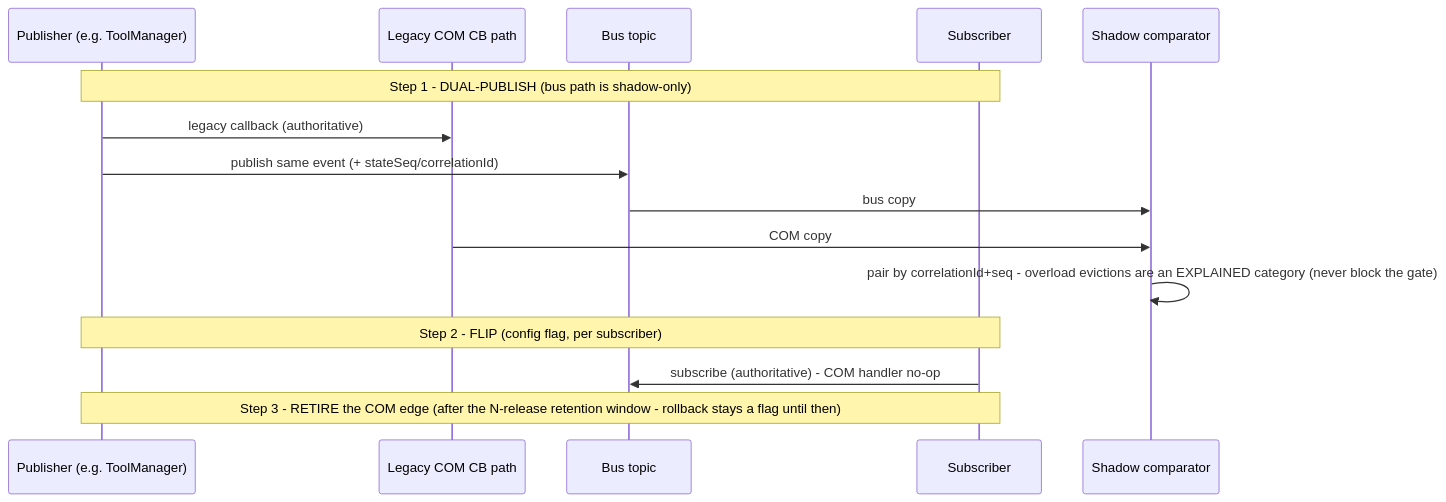
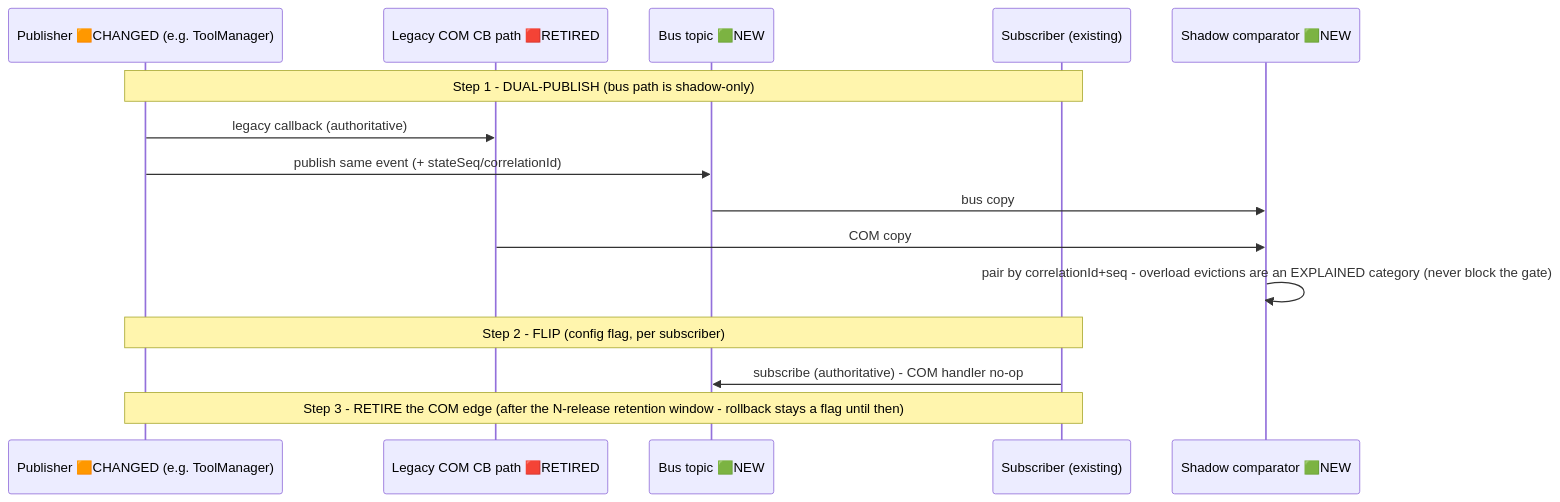
One commit to amitA-camtek/bus_gateway changed the fourth of 10 diagrams in stage/03-appendix-four-lanes.md. Above: the diagram before and after it, drawn with Mermaid. The commit also changed other lines of this file and 11 other files, not shown here.

````diff
--- a/stage/03-appendix-four-lanes.md
+++ b/stage/03-appendix-four-lanes.md
@@ -77,18 +85,18 @@
 ```mermaid
 sequenceDiagram
-    participant P as Publisher (e.g. ToolManager)
-    participant COM as Legacy COM CB path
-    participant BUS as Bus topic
-    participant S as Subscriber
-    participant CMP as Shadow comparator
+    participant P as Publisher 🟧CHANGED (e.g. ToolManager)
+    participant COM as Legacy COM CB path 🟥RETIRED
+    participant BUS as Bus topic 🟩NEW
+    participant S as Subscriber (existing)
+    participant CMP as Shadow comparator 🟩NEW
 
     Note over P,S: Step 1 - DUAL-PUBLISH (bus path is shadow-only)
     P->>COM: legacy callback (authoritative)
     P->>BUS: publish same event (+ stateSeq/correlationId)
     BUS->>CMP: bus copy
     COM->>CMP: COM copy
     CMP->>CMP: pair by correlationId+seq - overload evictions are an EXPLAINED category (never block the gate)
     Note over P,S: Step 2 - FLIP (config flag, per subscriber)
     S->>BUS: subscribe (authoritative) - COM handler no-op
     Note over P,S: Step 3 - RETIRE the COM edge (after the N-release retention window - rollback stays a flag until then)
 ```
````
